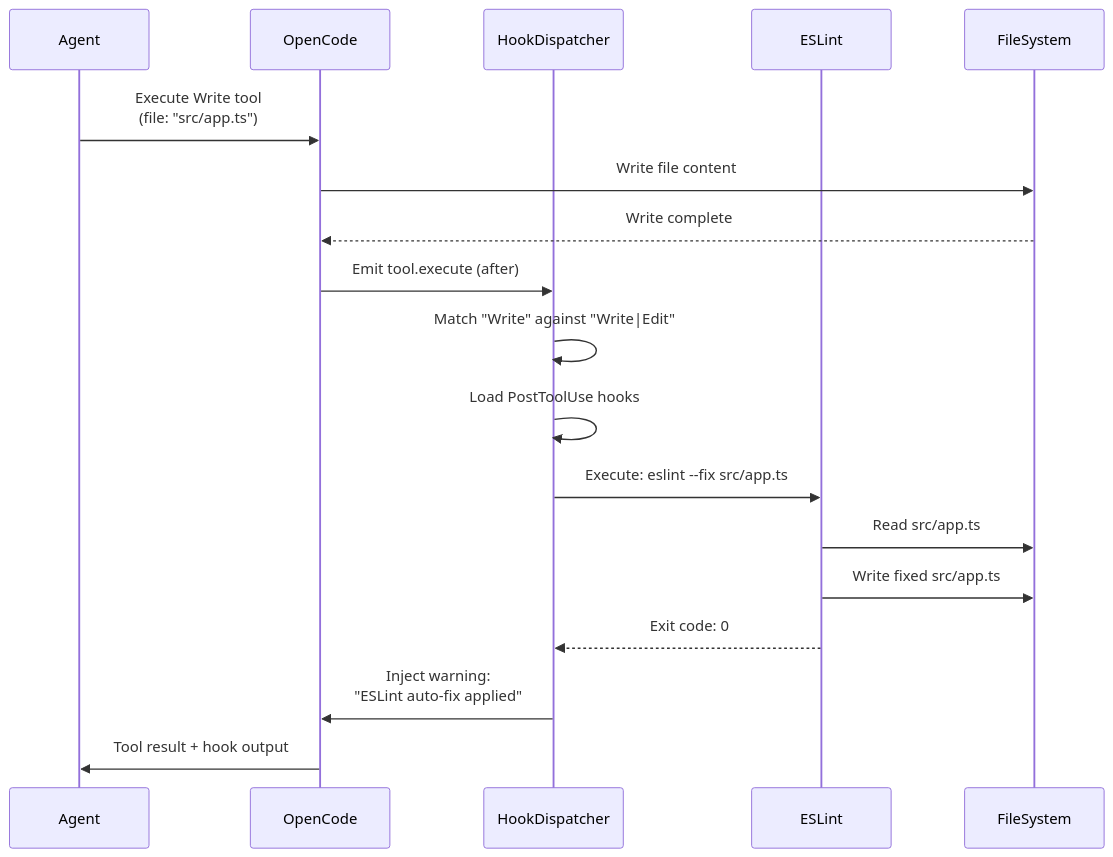
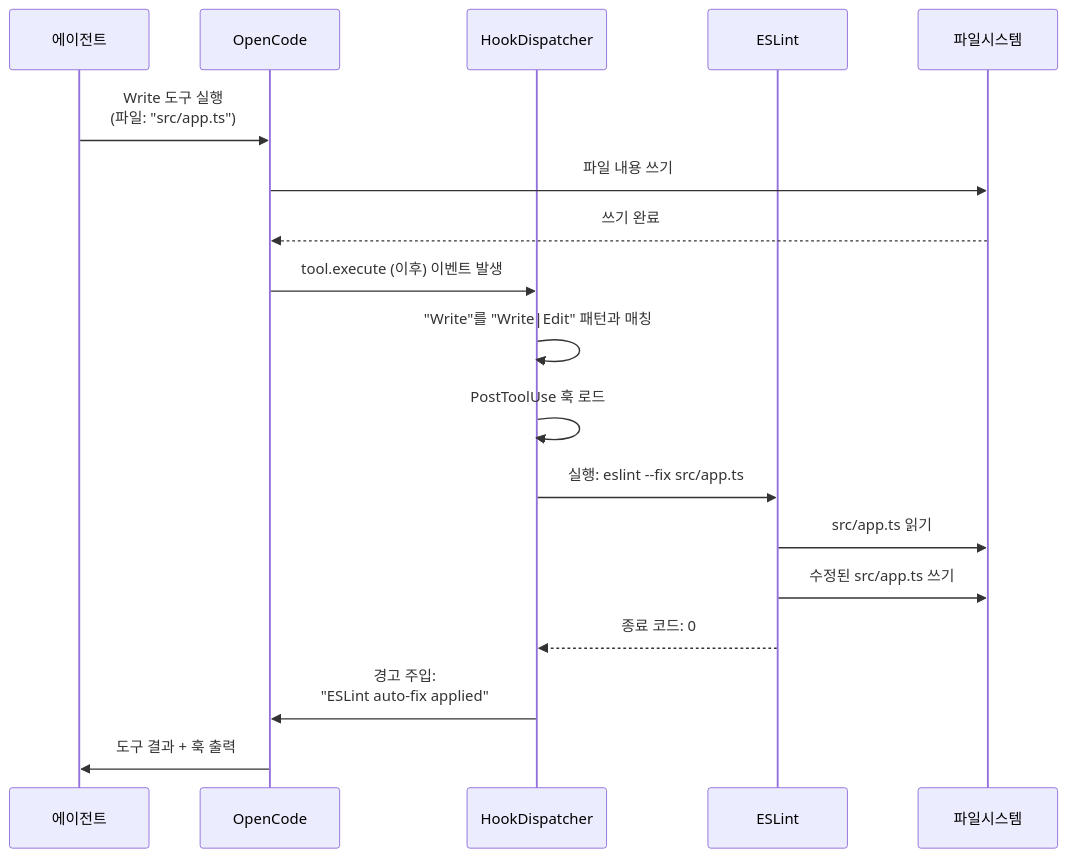
Before and after one commit to felipetruman/oh-my-opencode-docs: the fourth of 4 diagrams in docs/compatibility/hooks-integration.md, drawn with Mermaid. The commit also changed other lines of this file and 76 other files, not shown here.

````diff
--- a/docs/compatibility/hooks-integration.md
+++ b/docs/compatibility/hooks-integration.md
@@ -503,21 +503,21 @@
 ```mermaid
 sequenceDiagram
-  participant p1 as Agent
+  participant p1 as 에이전트
   participant p2 as OpenCode
   participant p3 as HookDispatcher
   participant p4 as ESLint
-  participant p5 as FileSystem
+  participant p5 as 파일시스템
 
-  p1->>p2: Execute Write tool<br/>(file: "src/app.ts")
-  p2->>p5: Write file content
-  p5-->>p2: Write complete
-  p2->>p3: Emit tool.execute (after)
-  p3->>p3: Match "Write" against "Write|Edit"
-  p3->>p3: Load PostToolUse hooks
-  p3->>p4: Execute: eslint --fix src/app.ts
-  p4->>p5: Read src/app.ts
-  p4->>p5: Write fixed src/app.ts
-  p4-->>p3: Exit code: 0
-  p3->>p2: Inject warning:<br/>"ESLint auto-fix applied"
-  p2->>p1: Tool result + hook output
+  p1->>p2: Write 도구 실행<br/>(파일: "src/app.ts")
+  p2->>p5: 파일 내용 쓰기
+  p5-->>p2: 쓰기 완료
+  p2->>p3: tool.execute (이후) 이벤트 발생
+  p3->>p3: "Write"를 "Write|Edit" 패턴과 매칭
+  p3->>p3: PostToolUse 훅 로드
+  p3->>p4: 실행: eslint --fix src/app.ts
+  p4->>p5: src/app.ts 읽기
+  p4->>p5: 수정된 src/app.ts 쓰기
+  p4-->>p3: 종료 코드: 0
+  p3->>p2: 경고 주입:<br/>"ESLint auto-fix applied"
+  p2->>p1: 도구 결과 + 훅 출력
 ```
````
